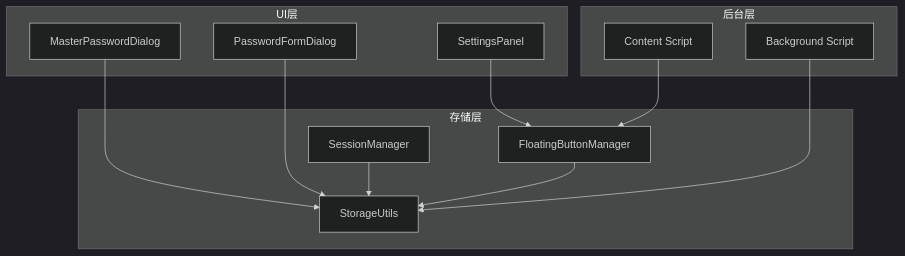
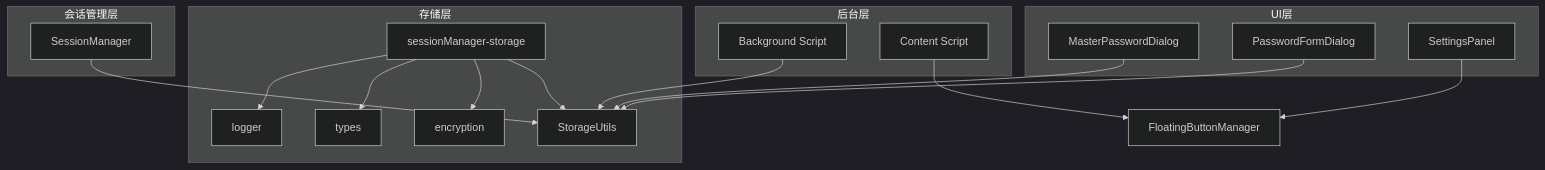
Before and after one commit to liaolongdong/account-password-helper: diagram 15 of 15 in .qoder/repowiki/zh/content/核心模块/存储管理系统.md, drawn with Mermaid (dark theme). The commit also changed other lines of this file and 7 other files, not shown here.

````diff
--- a/.qoder/repowiki/zh/content/核心模块/存储管理系统.md
+++ b/.qoder/repowiki/zh/content/核心模块/存储管理系统.md
@@ -740,24 +778,32 @@
 ```mermaid
 graph TB
 subgraph "存储层"
 StorageUtils[StorageUtils]
-SessionManager[SessionManager]
-FloatingButtonManager[FloatingButtonManager]
+SessionStorage[sessionManager-storage]
+Encryption[encryption]
+Types[types]
+Logger[logger]
 end
 subgraph "UI层"
 MasterPasswordDialog[MasterPasswordDialog]
 PasswordFormDialog[PasswordFormDialog]
 SettingsPanel[SettingsPanel]
 end
 subgraph "后台层"
 BackgroundScript[Background Script]
 ContentScript[Content Script]
 end
+subgraph "会话管理层"
+SessionManager[SessionManager]
+end
 MasterPasswordDialog --> StorageUtils
 PasswordFormDialog --> StorageUtils
 SessionManager --> StorageUtils
-FloatingButtonManager --> StorageUtils
+SessionStorage --> StorageUtils
+SessionStorage --> Encryption
+SessionStorage --> Types
+SessionStorage --> Logger
 SettingsPanel --> FloatingButtonManager
 BackgroundScript --> StorageUtils
 ContentScript --> FloatingButtonManager
 ```
````
